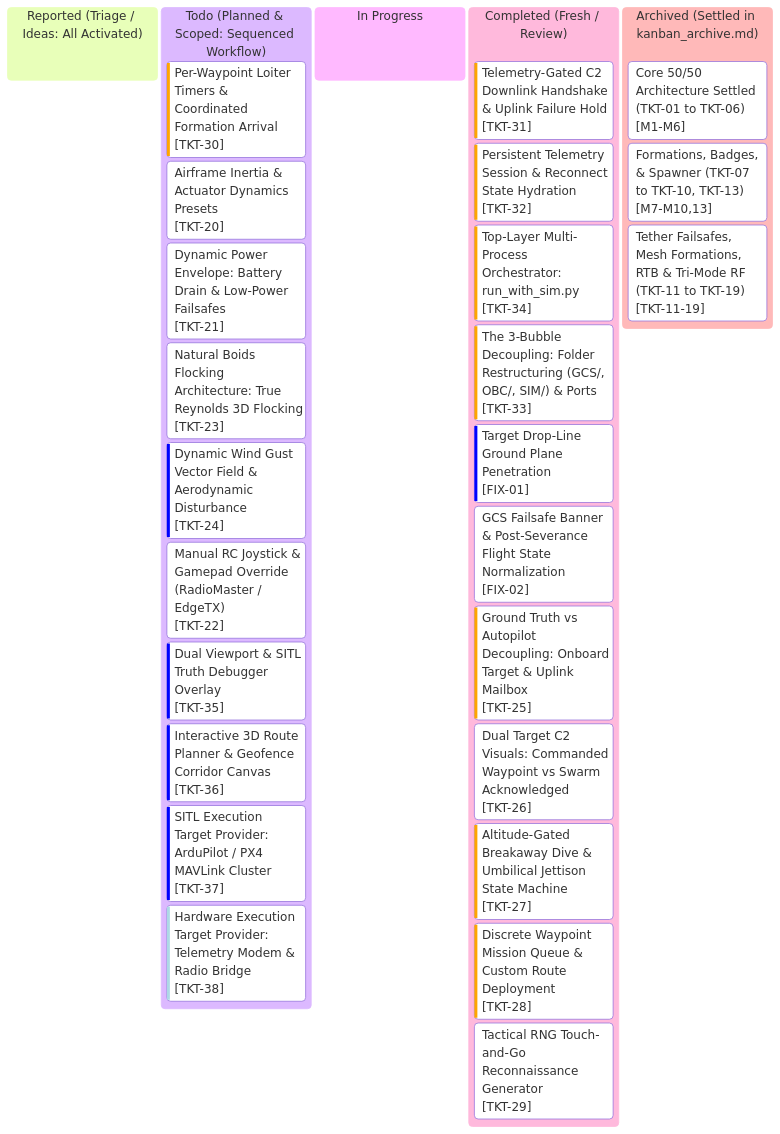
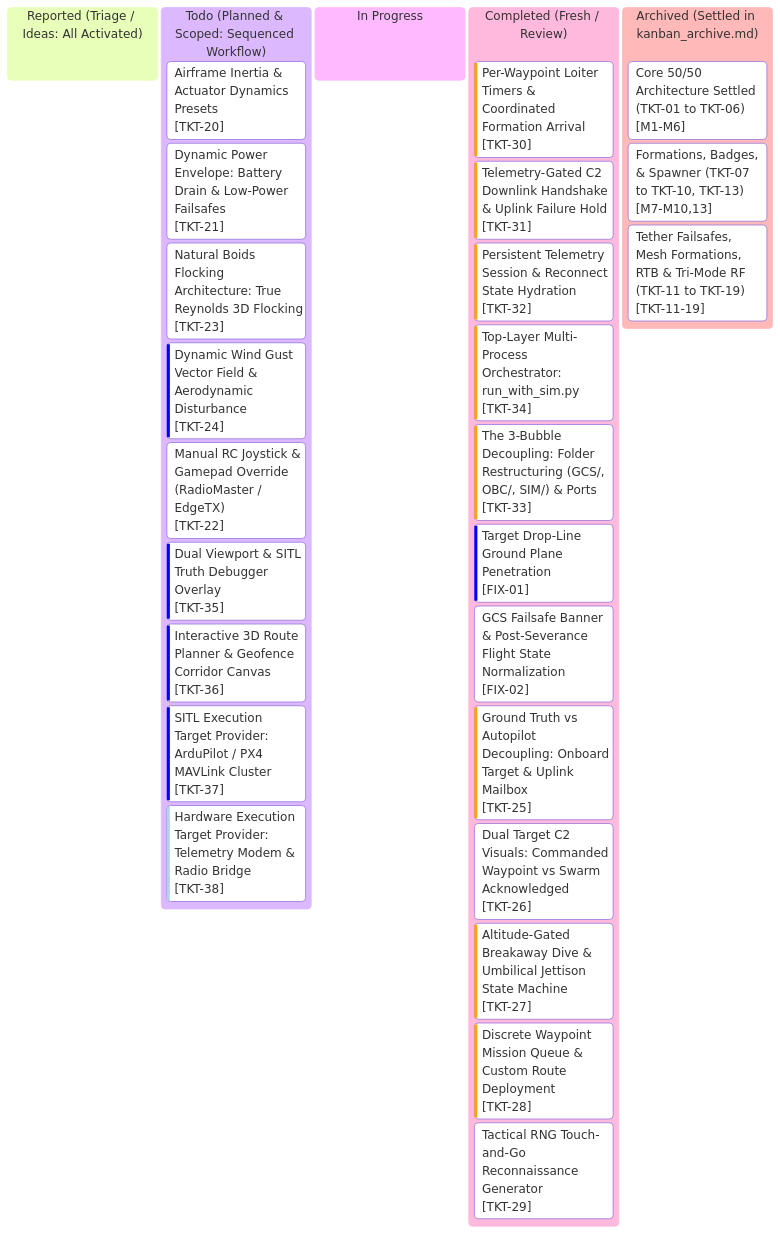
Before and after one commit to AlitheiaDeus/SwarmTech_v3-Uprising: the diagram in kanban.md, drawn with Mermaid. The commit also changed other lines of this file and 8 other files, not shown here.

Commit message:
feat(mission): implement per-waypoint loiter timers & coordinated formation arrival [TKT-30]

````diff
--- a/kanban.md
+++ b/kanban.md
@@ -10,52 +10,52 @@
 ```mermaid
 %%{init: {
   'theme': 'base',
   'themeVariables': {
     'primaryColor': '#0d2235',
     'primaryTextColor': '#d4f4ff',
     'primaryBorderColor': '#00f0ff',
     'lineColor': '#00f0ff',
     'background': '#061019',
     'mainBkg': '#0a1926',
     'secondaryColor': '#081420',
     'secondaryTextColor': '#5a7e96',
     'secondaryBorderColor': '#134e6f',
     'tertiaryColor': '#0e263d',
     'tertiaryTextColor': '#00ffaa',
     'tertiaryBorderColor': '#00ffaa',
     'clusterBkg': '#081420',
     'clusterBorder': '#134e6f',
     'fontFamily': "'JetBrains Mono', 'Courier New', monospace"
   }
 }}%%
 kanban
   reported["Reported (Triage / Ideas: All Activated)"]
   todo["Todo (Planned & Scoped: Sequenced Workflow)"]
-    tkt30["Per-Waypoint Loiter Timers & Coordinated Formation Arrival"]@{ ticket: '[TKT-30]', priority: 'High' }
     tkt20["Airframe Inertia & Actuator Dynamics Presets"]@{ ticket: '[TKT-20]', priority: 'Medium' }
     tkt21["Dynamic Power Envelope: Battery Drain & Low-Power Failsafes"]@{ ticket: '[TKT-21]', priority: 'Medium' }
     tkt23["Natural Boids Flocking Architecture: True Reynolds 3D Flocking"]@{ ticket: '[TKT-23]', priority: 'Medium' }
     tkt24["Dynamic Wind Gust Vector Field & Aerodynamic Disturbance"]@{ ticket: '[TKT-24]', priority: 'Low' }
     tkt22["Manual RC Joystick & Gamepad Override (RadioMaster / EdgeTX)"]@{ ticket: '[TKT-22]', priority: 'Medium' }
     tkt35["Dual Viewport & SITL Truth Debugger Overlay"]@{ ticket: '[TKT-35]', priority: 'Low' }
     tkt36["Interactive 3D Route Planner & Geofence Corridor Canvas"]@{ ticket: '[TKT-36]', priority: 'Low' }
     tkt37["SITL Execution Target Provider: ArduPilot / PX4 MAVLink Cluster"]@{ ticket: '[TKT-37]', priority: 'Low' }
     tkt38["Hardware Execution Target Provider: Telemetry Modem & Radio Bridge"]@{ ticket: '[TKT-38]', priority: 'Very Low' }
   in_progress["In Progress"]
   completed["Completed (Fresh / Review)"]
+    tkt30["Per-Waypoint Loiter Timers & Coordinated Formation Arrival"]@{ ticket: '[TKT-30]', priority: 'High' }
     tkt31["Telemetry-Gated C2 Downlink Handshake & Uplink Failure Hold"]@{ ticket: '[TKT-31]', priority: 'High' }
     tkt32["Persistent Telemetry Session & Reconnect State Hydration"]@{ ticket: '[TKT-32]', priority: 'High' }
     tkt34["Top-Layer Multi-Process Orchestrator: run_with_sim.py"]@{ ticket: '[TKT-34]', priority: 'High' }
     tkt33["The 3-Bubble Decoupling: Folder Restructuring (GCS/, OBC/, SIM/) & Ports"]@{ ticket: '[TKT-33]', priority: 'High' }
     fix01["Target Drop-Line Ground Plane Penetration"]@{ ticket: '[FIX-01]', priority: 'Low' }
     fix02["GCS Failsafe Banner & Post-Severance Flight State Normalization"]@{ ticket: '[FIX-02]', priority: 'Medium' }
     tkt25["Ground Truth vs Autopilot Decoupling: Onboard Target & Uplink Mailbox"]@{ ticket: '[TKT-25]', priority: 'High' }
     tkt26["Dual Target C2 Visuals: Commanded Waypoint vs Swarm Acknowledged"]@{ ticket: '[TKT-26]', priority: 'Medium' }
     tkt27["Altitude-Gated Breakaway Dive & Umbilical Jettison State Machine"]@{ ticket: '[TKT-27]', priority: 'High' }
     tkt28["Discrete Waypoint Mission Queue & Custom Route Deployment"]@{ ticket: '[TKT-28]', priority: 'High' }
     tkt29["Tactical RNG Touch-and-Go Reconnaissance Generator"]@{ ticket: '[TKT-29]', priority: 'Medium' }
   archived["Archived (Settled in kanban_archive.md)"]
     arch_m1_6["Core 50/50 Architecture Settled (TKT-01 to TKT-06)"]@{ ticket: '[M1-M6]' }
     arch_m7_10_13["Formations, Badges, & Spawner (TKT-07 to TKT-10, TKT-13)"]@{ ticket: '[M7-M10,13]' }
     arch_m11_19["Tether Failsafes, Mesh Formations, RTB & Tri-Mode RF (TKT-11 to TKT-19)"]@{ ticket: '[TKT-11-19]' }
 ```
````
